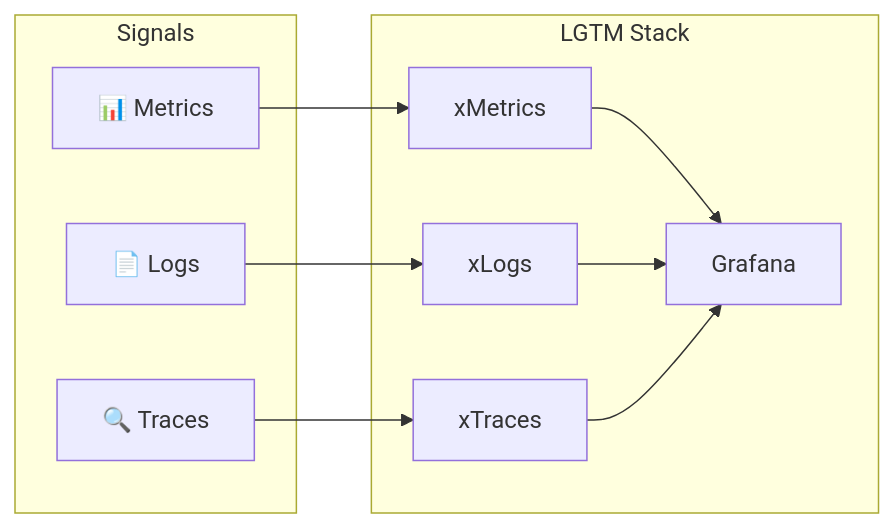
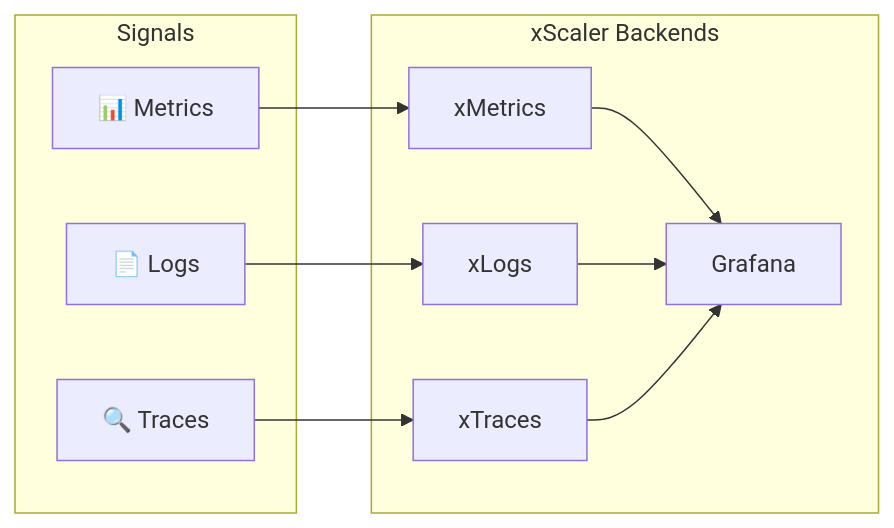
The diagram in docs/index.md (xscaler/training), drawn with Mermaid before and after one commit. The commit also changed other lines of this file and 23 other files, not shown here.

````diff
--- a/docs/index.md
+++ b/docs/index.md
@@ -36,18 +36,18 @@
 ```mermaid
 graph LR
     subgraph Signals
         M[📊 Metrics]
         L[📄 Logs]
         T[🔍 Traces]
     end
-    subgraph LGTM Stack
+    subgraph "xScaler Backends"
         MI[xMetrics]
         LO[xLogs]
         TE[xTraces]
         GR[Grafana]
     end
     M --> MI
     L --> LO
     T --> TE
     MI & LO & TE --> GR
 ```
````
